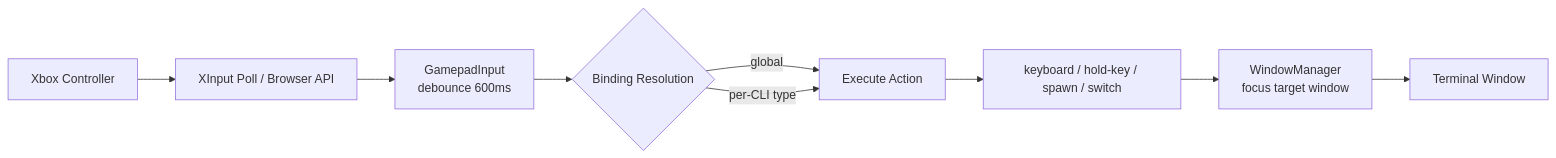
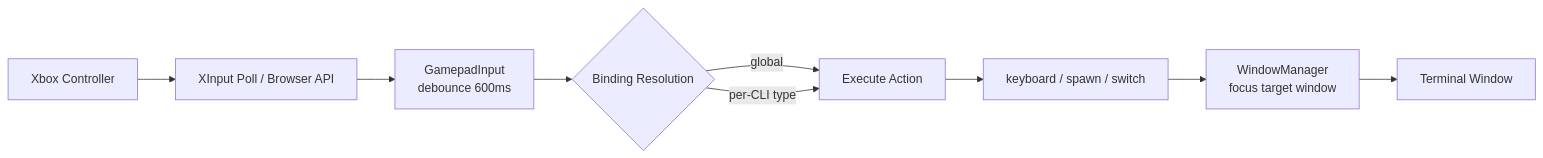
The second of 3 diagrams in .github/copilot-instructions.md (PetePeter/gamepad-cli-hub), drawn with Mermaid before and after one commit. The commit also changed other lines of this file and 20 other files, not shown here.

First line of the commit message:
feat: button release events, hold-key redesign, voice purge

````diff
--- a/.github/copilot-instructions.md
+++ b/.github/copilot-instructions.md
@@ -64,11 +64,11 @@
 ```mermaid
 flowchart LR
     A[Xbox Controller] --> B[XInput Poll / Browser API]
     B --> C[GamepadInput<br/>debounce 600ms]
     C --> D{Binding Resolution}
     D -->|global| E[Execute Action]
     D -->|per-CLI type| E
-    E --> F[keyboard / hold-key / spawn / switch]
+    E --> F[keyboard / spawn / switch]
     F --> G[WindowManager<br/>focus target window]
     G --> H[Terminal Window]
 ```
````
